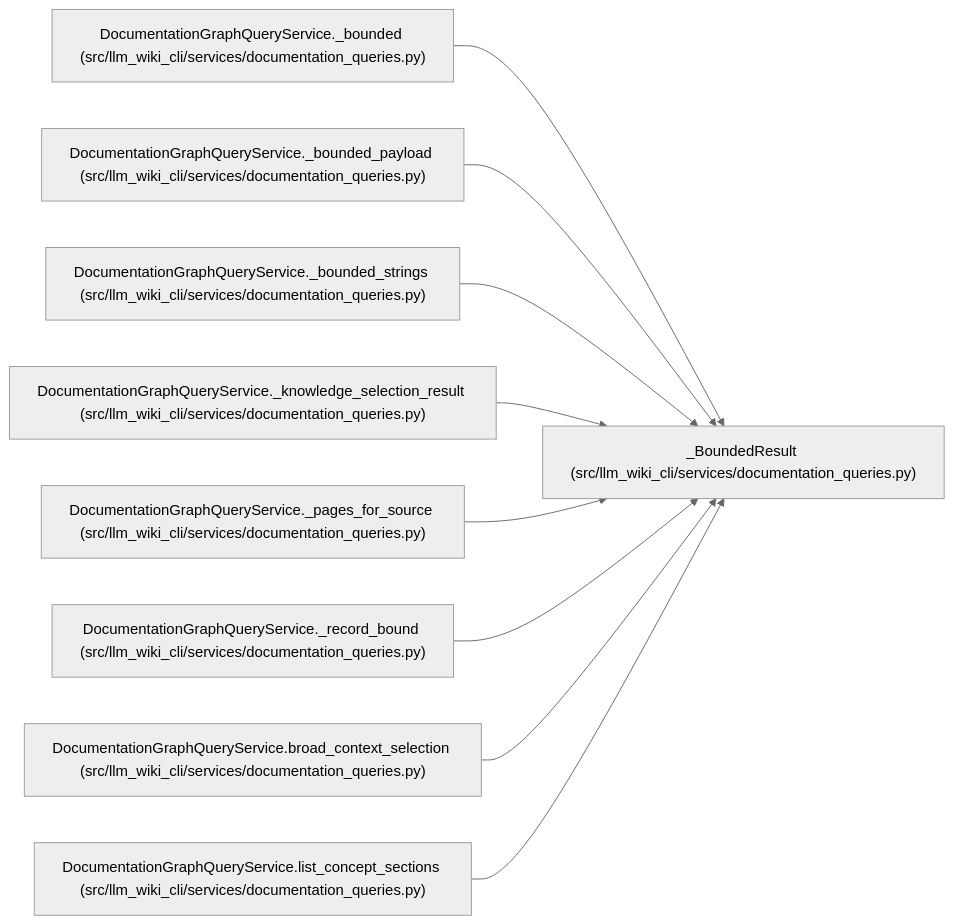
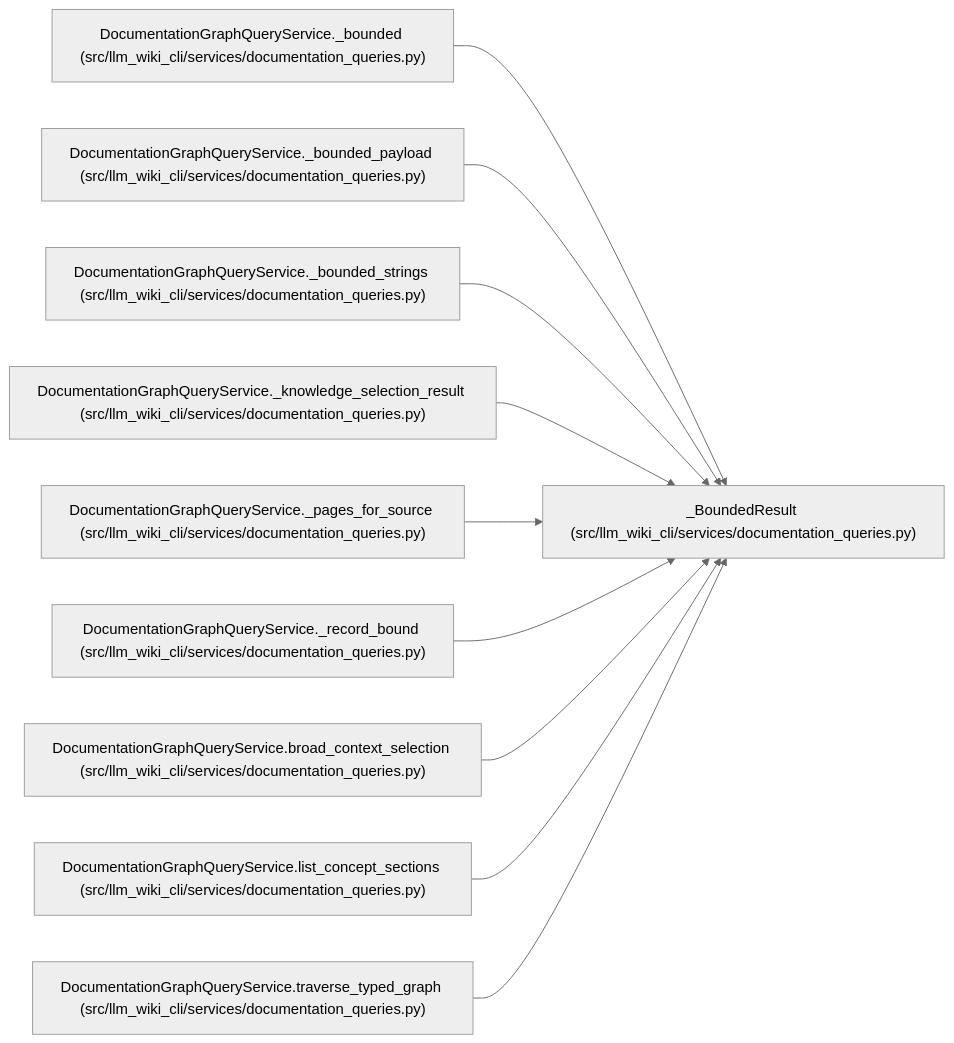
One commit to Denissvgn/python-wiki-llm changed the diagram in docs/llm_wiki/entities/BoundedResult.md. Above: the diagram before and after it, drawn with Mermaid (neutral theme). The commit also changed other lines of this file and 493 other files, not shown here.

````diff
--- a/docs/llm_wiki/entities/BoundedResult.md
+++ b/docs/llm_wiki/entities/BoundedResult.md
@@ -32,29 +32,32 @@
 ```mermaid
 flowchart LR
     n0["_BoundedResult (src/llm_wiki_cli/services/documentation_queries.py)"]
     n1["DocumentationGraphQueryService._bounded (src/llm_wiki_cli/services/documentation_queries.py)"]
     n2["DocumentationGraphQueryService._bounded_payload (src/llm_wiki_cli/services/documentation_queries.py)"]
     n3["DocumentationGraphQueryService._bounded_strings (src/llm_wiki_cli/services/documentation_queries.py)"]
     n4["DocumentationGraphQueryService._knowledge_selection_result (src/llm_wiki_cli/services/documentation_queries.py)"]
     n5["DocumentationGraphQueryService._pages_for_source (src/llm_wiki_cli/services/documentation_queries.py)"]
     n6["DocumentationGraphQueryService._record_bound (src/llm_wiki_cli/services/documentation_queries.py)"]
     n7["DocumentationGraphQueryService.broad_context_selection (src/llm_wiki_cli/services/documentation_queries.py)"]
     n8["DocumentationGraphQueryService.list_concept_sections (src/llm_wiki_cli/services/documentation_queries.py)"]
+    n9["DocumentationGraphQueryService.traverse_typed_graph (src/llm_wiki_cli/services/documentation_queries.py)"]
     n1 --> n0
     n2 --> n0
     n3 --> n0
     n4 --> n0
     n5 --> n0
     n6 --> n0
     n7 --> n0
     n8 --> n0
+    n9 --> n0
     click n0 "../modules/documentation_queries.md"
     click n1 "../modules/documentation_queries.md"
     click n2 "../modules/documentation_queries.md"
     click n3 "../modules/documentation_queries.md"
     click n4 "../modules/documentation_queries.md"
     click n5 "../modules/documentation_queries.md"
     click n6 "../modules/documentation_queries.md"
     click n7 "../modules/documentation_queries.md"
     click n8 "../modules/documentation_queries.md"
+    click n9 "../modules/documentation_queries.md"
 ```
````
